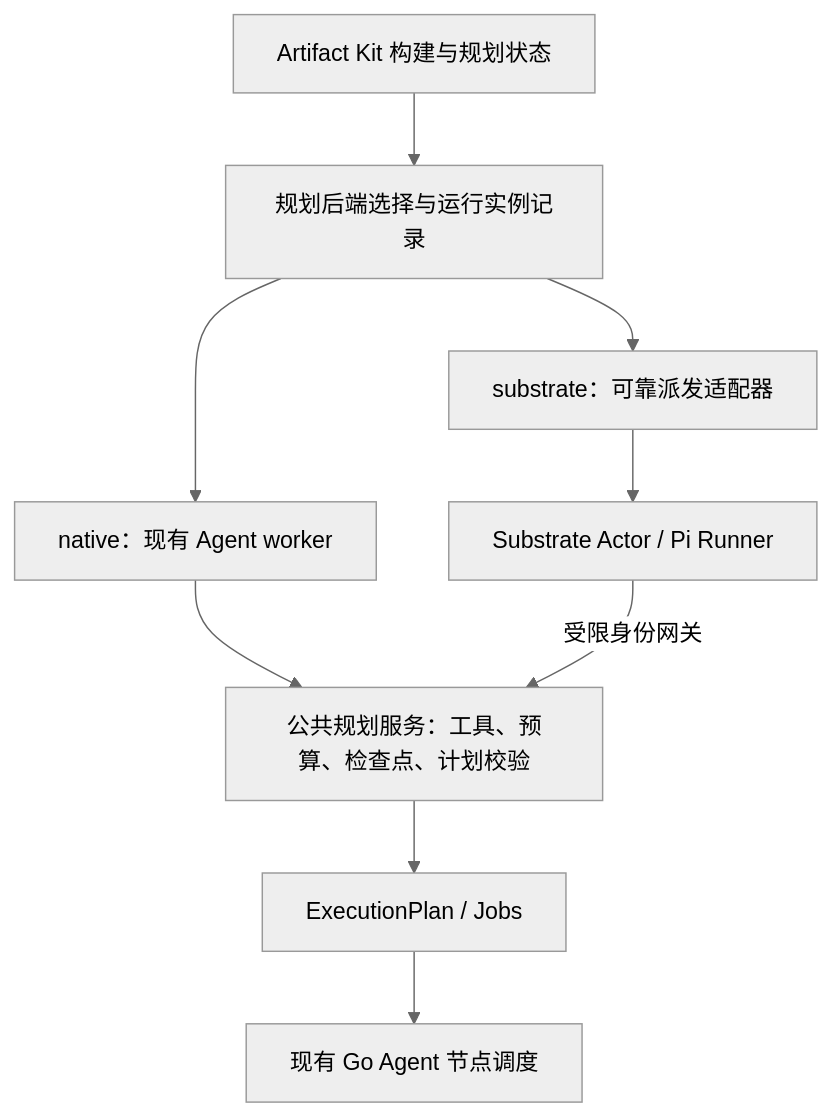
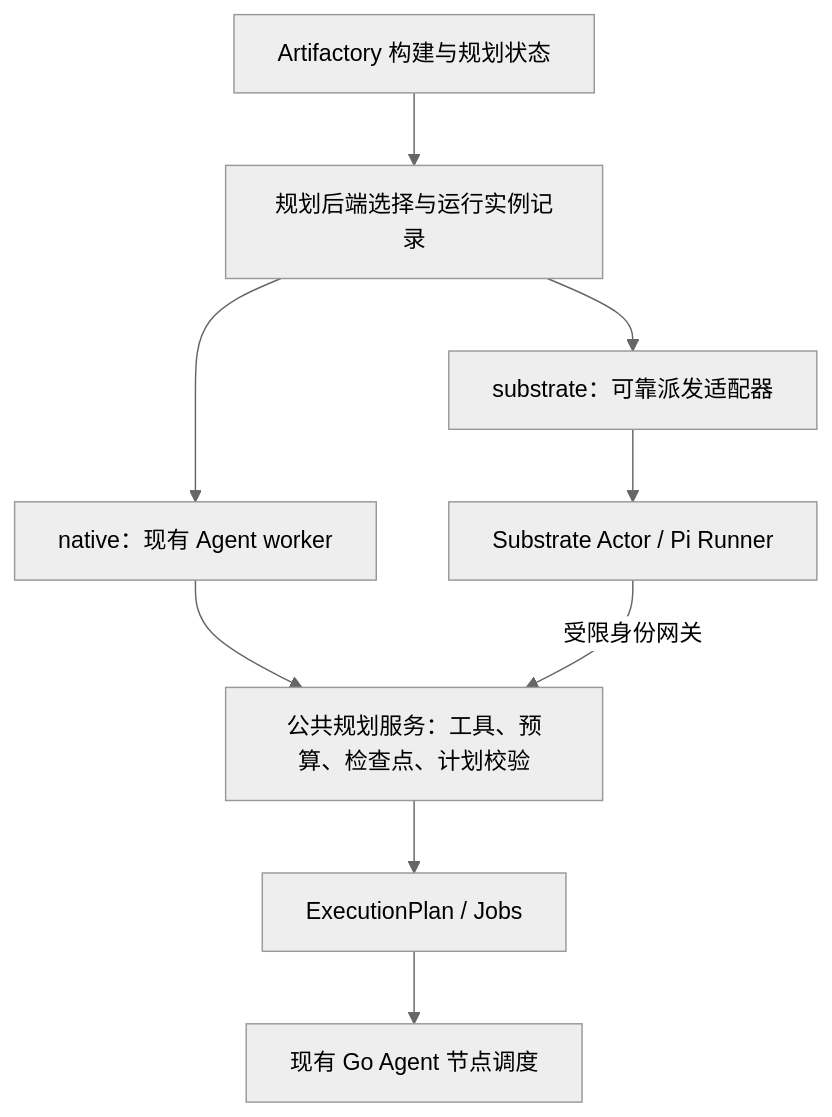
The diagram in docs/substrate-scheduling-assessment-2026-11-12.md (zhubby/artifact-kit), drawn with Mermaid (neutral theme) before and after one commit. The commit also changed other lines of this file and 20 other files, not shown here.

````diff
--- a/docs/substrate-scheduling-assessment-2026-11-12.md
+++ b/docs/substrate-scheduling-assessment-2026-11-12.md
@@ -99,20 +99,20 @@
 ```mermaid
 flowchart TD
-    B[Artifact Kit 构建与规划状态]
+    B[Artifactory 构建与规划状态]
     Q[规划后端选择与运行实例记录]
     N[native：现有 Agent worker]
     S[substrate：可靠派发适配器]
     A[Substrate Actor / Pi Runner]
     P[公共规划服务：工具、预算、检查点、计划校验]
     E[ExecutionPlan / Jobs]
     G[现有 Go Agent 节点调度]
 
     B --> Q
     Q --> N
     Q --> S
     S --> A
     N --> P
     A -->|受限身份网关| P
     P --> E
     E --> G
 ```
````
